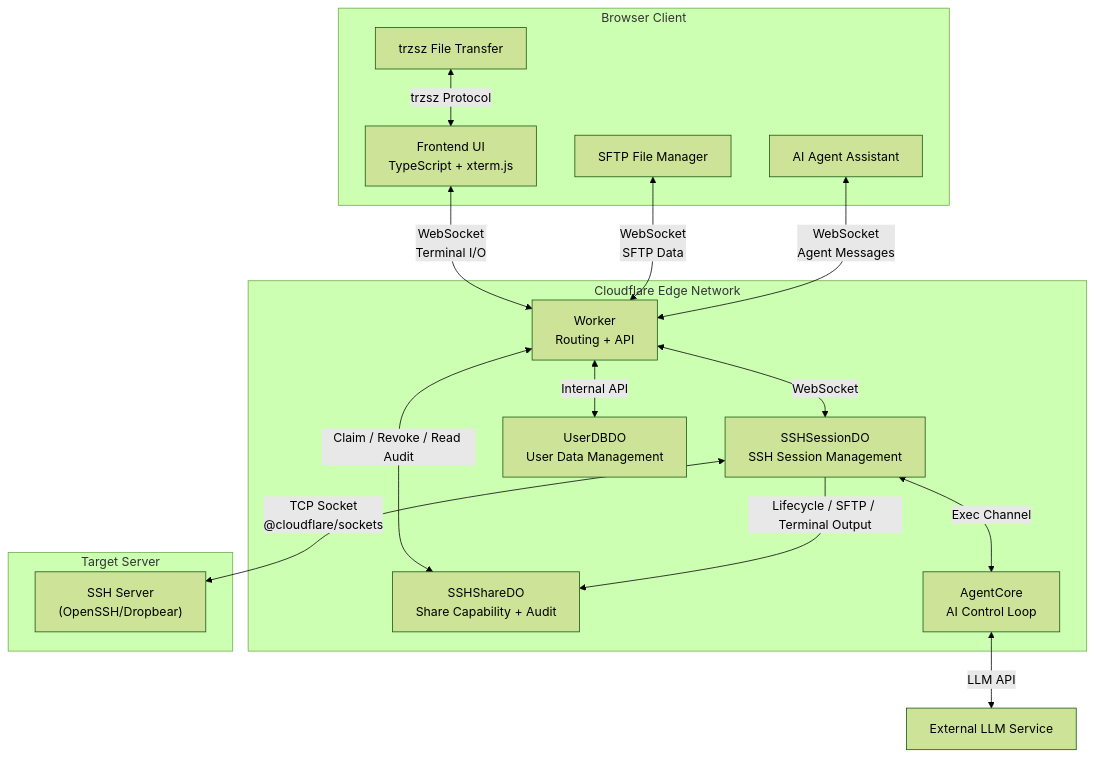
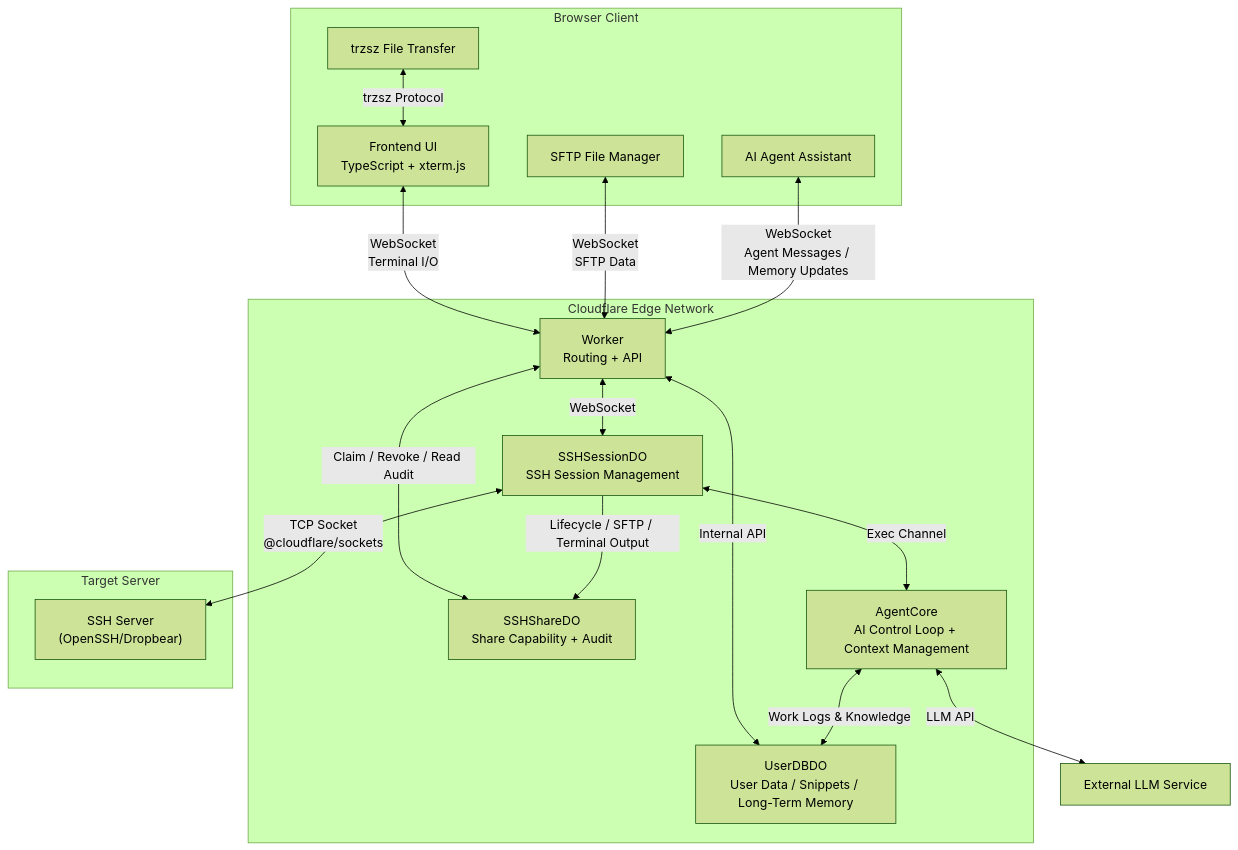
One commit to newbietan/CloudSSH changed the diagram in README_en.md. Above: the diagram before and after it, drawn with Mermaid (forest theme). The commit also changed other lines of this file and 11 other files, not shown here.

````diff
--- a/README_en.md
+++ b/README_en.md
@@ -120,33 +123,34 @@
 ```mermaid
 flowchart TB
     subgraph "Browser Client"
         UI["Frontend UI<br/>TypeScript + xterm.js"]
         SFTP["SFTP File Manager"]
         Agent["AI Agent Assistant"]
         Trzsz["trzsz File Transfer"]
     end
 
     subgraph "Cloudflare Edge Network"
         Worker["Worker<br/>Routing + API"]
         SSH_DO["SSHSessionDO<br/>SSH Session Management"]
-        User_DO["UserDBDO<br/>User Data Management"]
+        User_DO["UserDBDO<br/>User Data / Snippets / Long-Term Memory"]
         Share_DO["SSHShareDO<br/>Share Capability + Audit"]
-        AgentCore["AgentCore<br/>AI Control Loop"]
+        AgentCore["AgentCore<br/>AI Control Loop + Context Management"]
     end
 
     subgraph "Target Server"
         SSH["SSH Server<br/>(OpenSSH/Dropbear)"]
     end
 
     UI <-->|"WebSocket<br/>Terminal I/O"| Worker
     SFTP <-->|"WebSocket<br/>SFTP Data"| Worker
-    Agent <-->|"WebSocket<br/>Agent Messages"| Worker
+    Agent <-->|"WebSocket<br/>Agent Messages / Memory Updates"| Worker
     Trzsz <-->|"trzsz Protocol"| UI
     Worker <-->|"WebSocket"| SSH_DO
     Worker <-->|"Internal API"| User_DO
     Worker <-->|"Claim / Revoke / Read Audit"| Share_DO
     SSH_DO -->|"Lifecycle / SFTP / Terminal Output"| Share_DO
     SSH_DO <-->|"TCP Socket<br/>@cloudflare/sockets"| SSH
     SSH_DO <-->|"Exec Channel"| AgentCore
+    AgentCore <-->|"Work Logs & Knowledge"| User_DO
     AgentCore <-->|"LLM API"| External["External LLM Service"]
 ```
````
